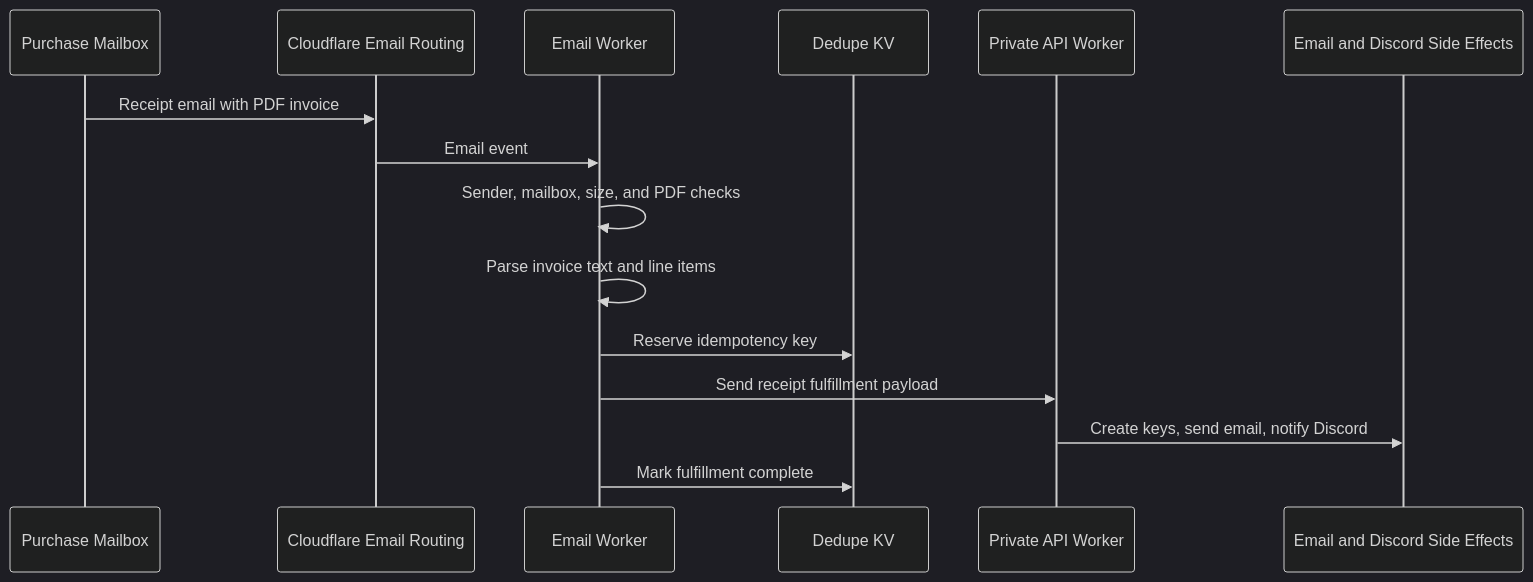
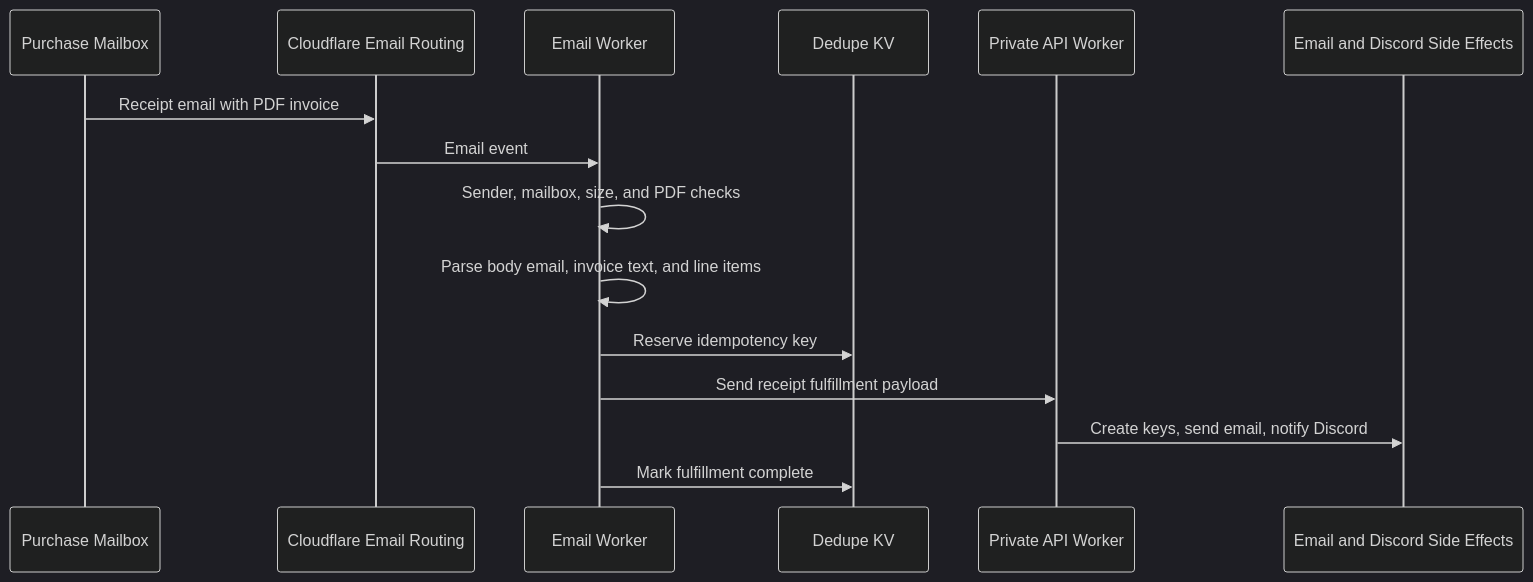
One commit to PurduePhotographyClub/purdue-photo-email-worker changed the diagram in README.md. Above: the diagram before and after it, drawn with Mermaid (dark theme). The commit also changed other lines of this file and 3 other files, not shown here.

Commit message:
fix: use BOSO body email for receipt fulfillment (#37)

````diff
--- a/README.md
+++ b/README.md
@@ -19,18 +19,18 @@
 ```mermaid
 sequenceDiagram
   participant Mailbox as Purchase Mailbox
   participant Routing as Cloudflare Email Routing
   participant Worker as Email Worker
   participant KV as Dedupe KV
   participant API as Private API Worker
   participant SideEffects as Email and Discord Side Effects
 
   Mailbox->>Routing: Receipt email with PDF invoice
   Routing->>Worker: Email event
   Worker->>Worker: Sender, mailbox, size, and PDF checks
-  Worker->>Worker: Parse invoice text and line items
+  Worker->>Worker: Parse body email, invoice text, and line items
   Worker->>KV: Reserve idempotency key
   Worker->>API: Send receipt fulfillment payload
   API->>SideEffects: Create keys, send email, notify Discord
   Worker->>KV: Mark fulfillment complete
 ```
````
